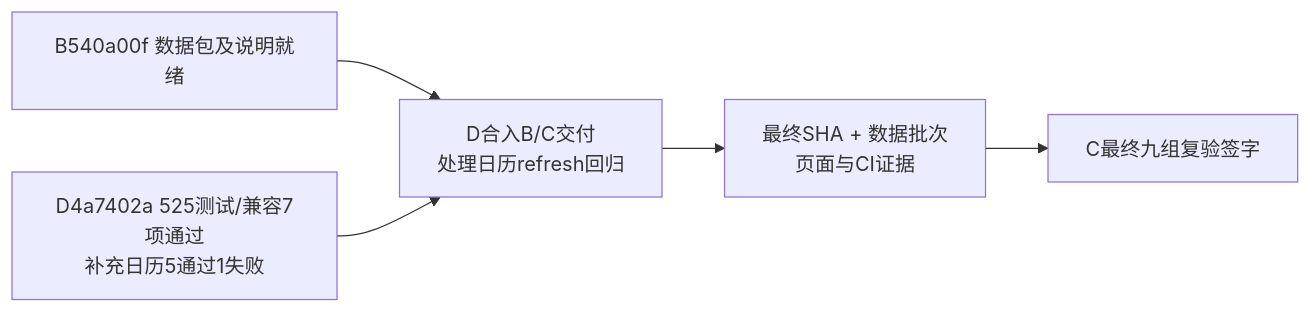
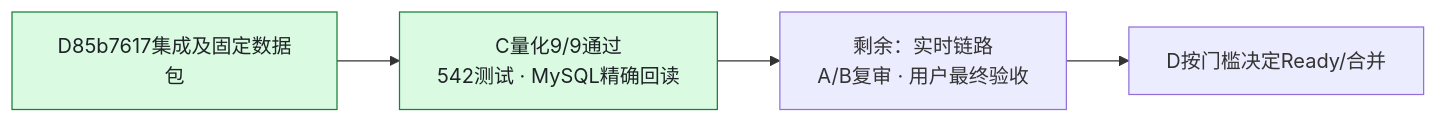
The diagram in docs/C_PROGRESS.md (27ye/ai-quant-platform), drawn with Mermaid before and after one commit. The commit also changed other lines of this file and 9 other files, not shown here.

````diff
--- a/docs/C_PROGRESS.md
+++ b/docs/C_PROGRESS.md
@@ -7,7 +7,8 @@
 ```mermaid
 flowchart LR
-    B["B540a00f 数据包及说明就绪"] --> D["D合入B/C交付<br/>处理日历refresh回归"]
-    C["D4a7402a 525测试/兼容7项通过<br/>补充日历5通过1失败"] --> D
-    D --> F["最终SHA + 数据批次<br/>页面与CI证据"]
-    F --> S["C最终九组复验签字"]
+    I["D85b7617集成及固定数据包"] --> C["C量化9/9通过<br/>542测试 · MySQL精确回读"]
+    C --> R["剩余：实时链路<br/>A/B复审 · 用户最终验收"]
+    R --> M["D按门槛决定Ready/合并"]
+    classDef done fill:#dafbe1,stroke:#1a7f37,color:#1f2328
+    class I,C done
 ```
````
